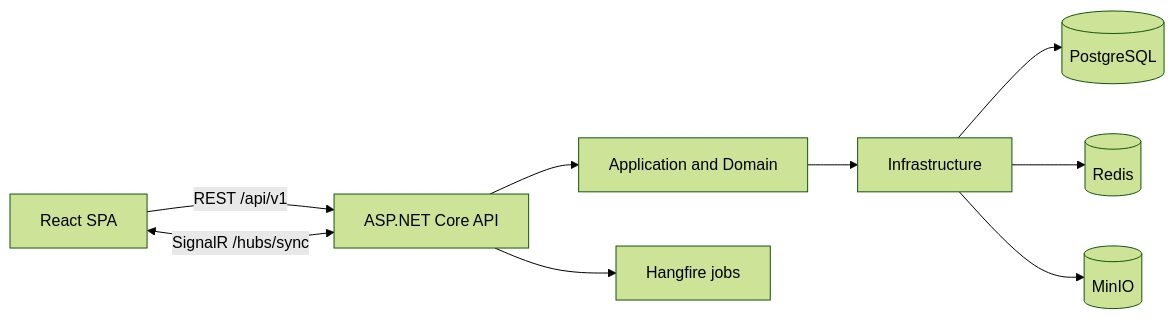
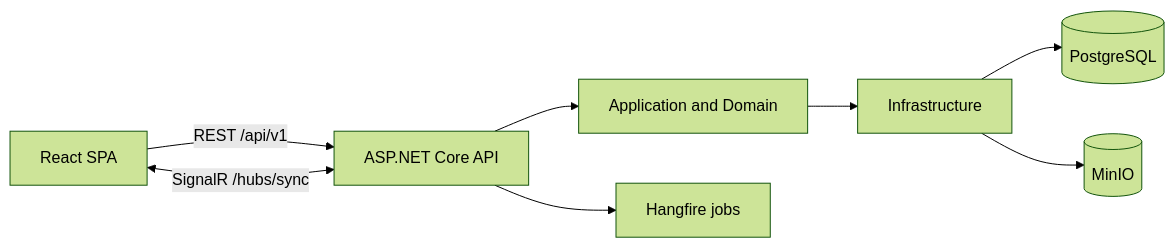
One commit to imHoangAnh/FluentA changed the diagram in README.md. Above: the diagram before and after it, drawn with Mermaid (forest theme). The commit also changed other lines of this file and 9 other files, not shown here.

````diff
--- a/README.md
+++ b/README.md
@@ -37,11 +37,10 @@
 ```mermaid
 flowchart LR
     UI["React SPA"] -->|"REST /api/v1"| API["ASP.NET Core API"]
     UI <-->|"SignalR /hubs/sync"| API
     API --> APP["Application and Domain"]
     APP --> INFRA["Infrastructure"]
     INFRA --> PG[("PostgreSQL")]
-    INFRA --> REDIS[("Redis")]
     INFRA --> MINIO[("MinIO")]
     API --> JOBS["Hangfire jobs"]
 ```
````
